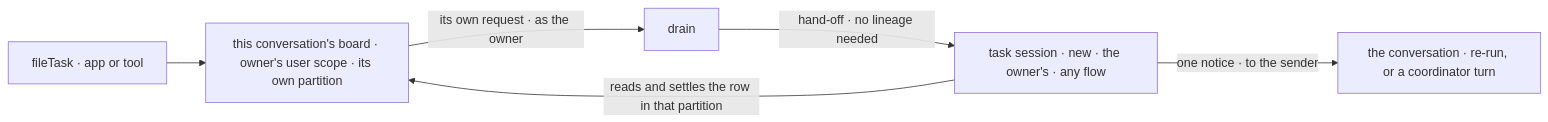
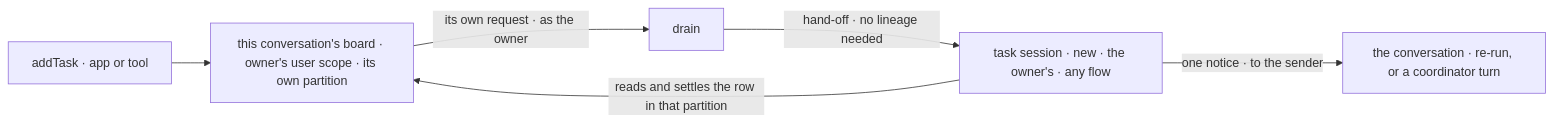
The second of 2 diagrams in specs/issues/FIX-1794/SPEC.md (fixpoint-labs/flow-state-dev), drawn with Mermaid before and after one commit. The commit also changed other lines of this file and 22 other files, not shown here.

````diff
--- a/specs/issues/FIX-1794/SPEC.md
+++ b/specs/issues/FIX-1794/SPEC.md
@@ -84,8 +89,8 @@
 ```mermaid
 flowchart LR
-  F["fileTask · app or tool"] --> B["this conversation's board · owner's user scope · its own partition"]
+  F["addTask · app or tool"] --> B["this conversation's board · owner's user scope · its own partition"]
   B -->|"its own request · as the owner"| D["drain"]
   D -->|"hand-off · no lineage needed"| T["task session · new · the owner's · any flow"]
   T -->|"reads and settles the row in that partition"| B
   T -->|"one notice · to the sender"| N["the conversation · re-run, or a coordinator turn"]
 ```
````
